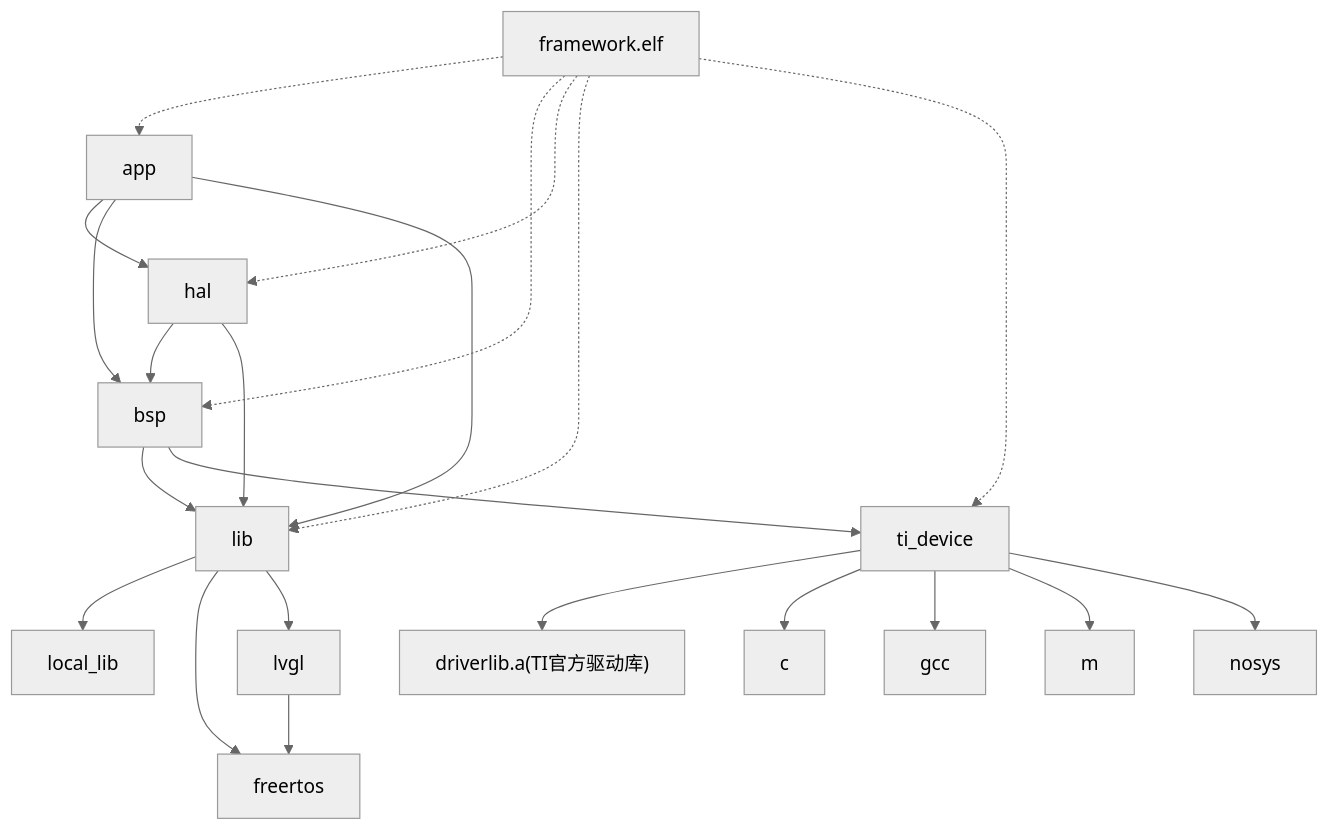
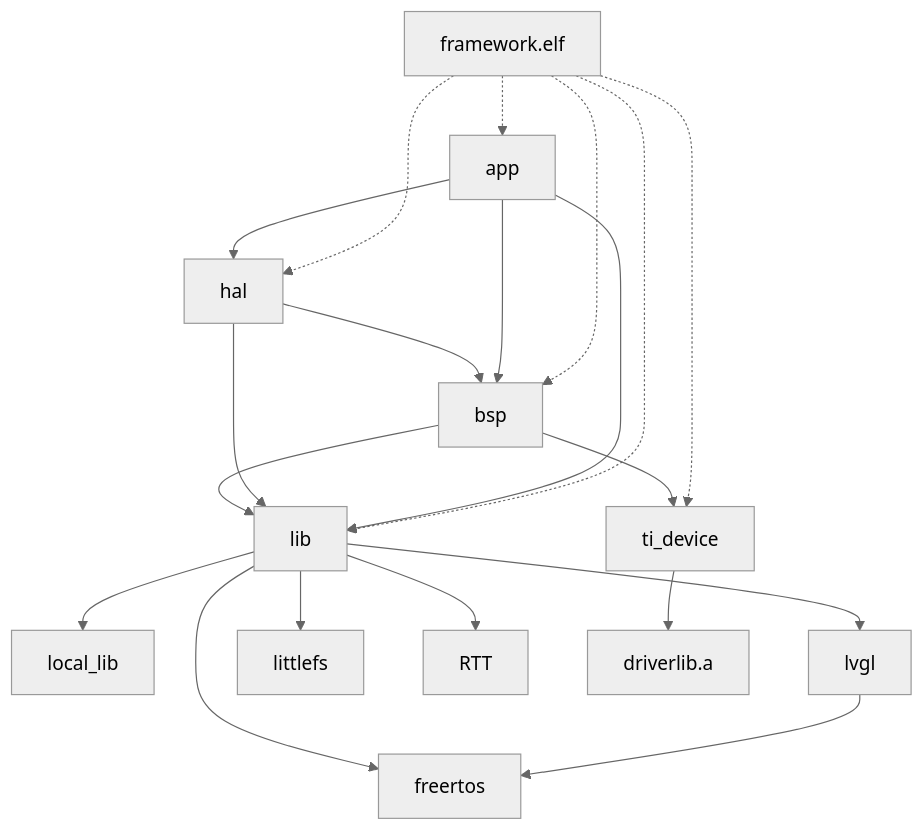
The diagram in README.md (OohShuo/mspm0g3507_framework), drawn with Mermaid (neutral theme) before and after one commit. The commit also changed other lines of this file and 8 other files, not shown here.

````diff
--- a/README.md
+++ b/README.md
@@ -106,42 +46,38 @@
-``` mermaid
+```mermaid
 graph TD
     app[app]
     bsp[bsp]
     hal[hal]
     lib[lib]
     local_lib[local_lib]
     freertos[freertos]
     lvgl[lvgl]
+    lfs[littlefs]
+    rtt[RTT]
     ti_device[ti_device]
-    driverlib.a["driverlib.a(TI官方驱动库)"]
-    c[c]
-    gcc[gcc]
-    m[m]
-    nosys[nosys]
+    driverlib.a["driverlib.a"]
     framework_elf["framework.elf"]
 
     lib --> local_lib
     lib --> freertos
     lib --> lvgl
     lvgl --> freertos
+    lib --> lfs
+    lib --> rtt
 
     ti_device --> driverlib.a
-    ti_device --> c
-    ti_device --> gcc
-    ti_device --> m
-    ti_device --> nosys
 
     bsp --> lib
     bsp --> ti_device
     hal --> bsp
     hal --> lib
     app --> hal
     app --> bsp
     app --> lib
 
     framework_elf -.-> app
     framework_elf -.-> bsp
     framework_elf -.-> hal
     framework_elf -.-> lib
     framework_elf -.-> ti_device
 ```
````
